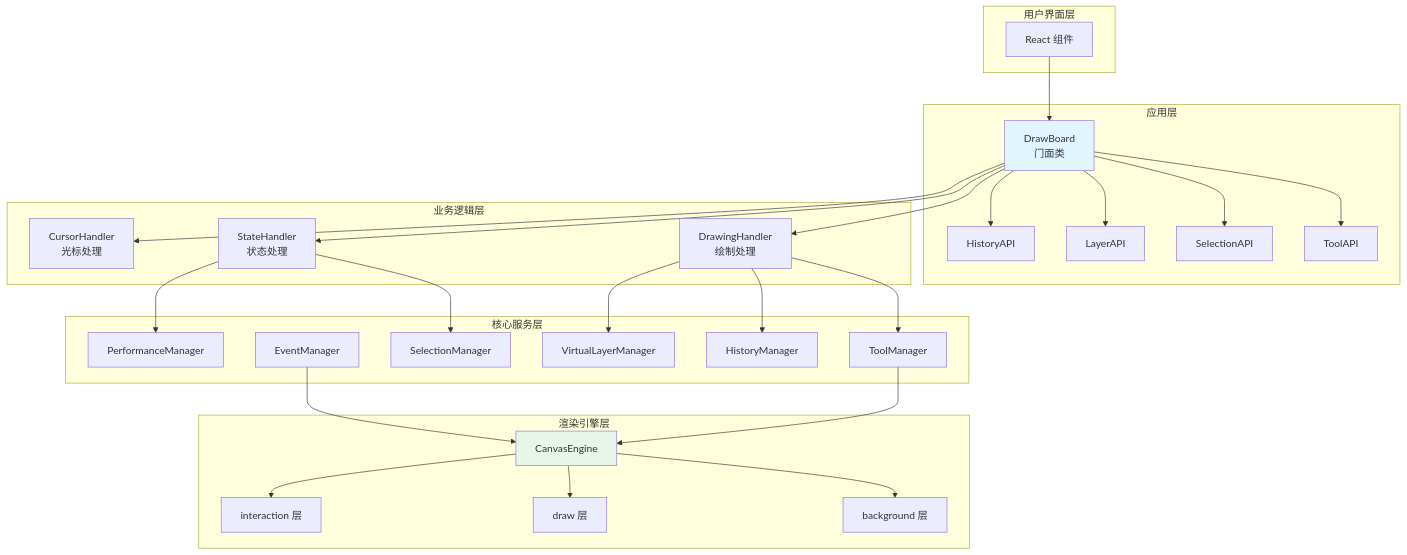
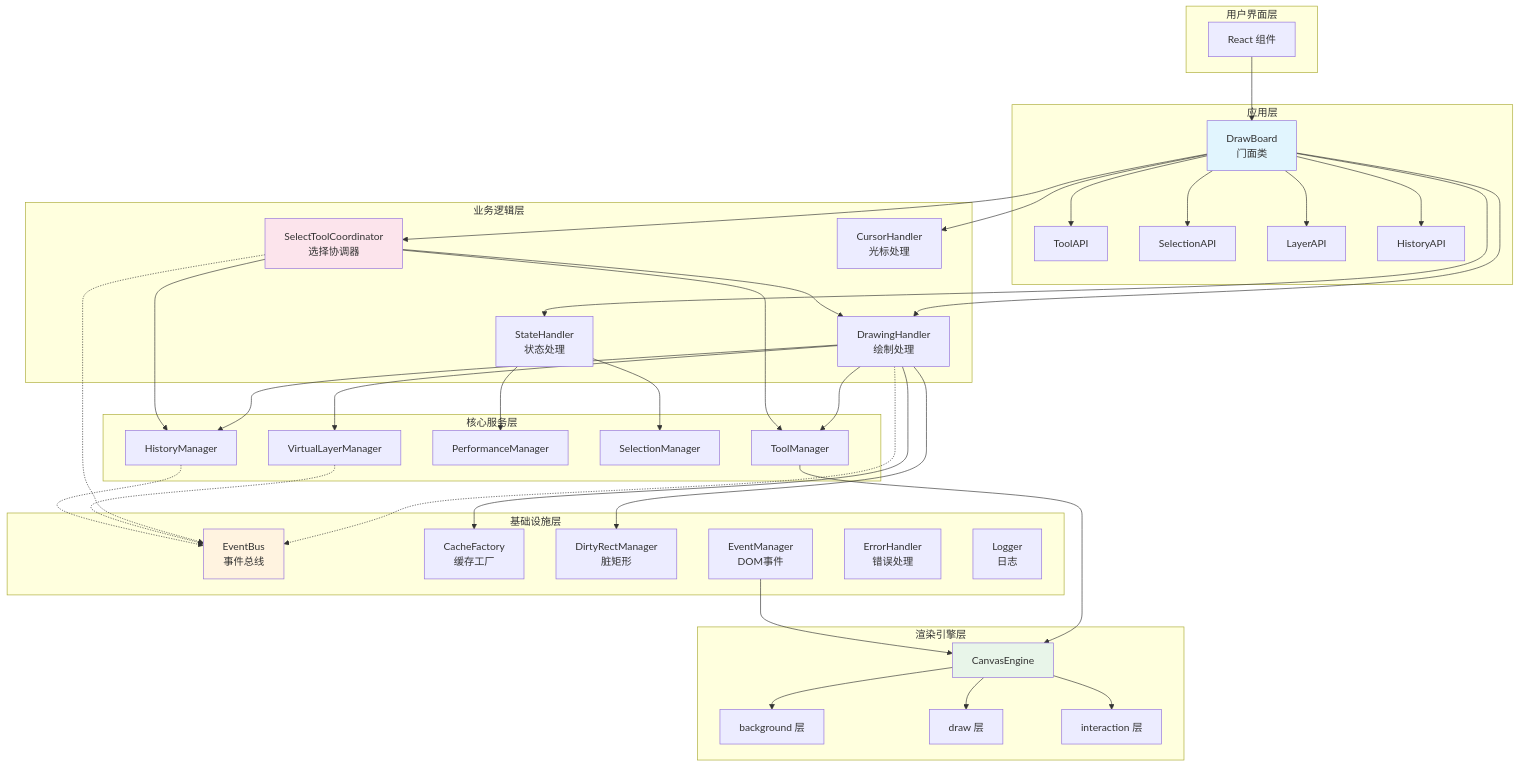
Before and after one commit to wuminghaozhan/drawBoard: the first of 10 diagrams in docs/UML/DESIGN.md, drawn with Mermaid. The commit also changed other lines of this file and 88 other files, not shown here.

````diff
--- a/docs/UML/DESIGN.md
+++ b/docs/UML/DESIGN.md
@@ -5,47 +5,62 @@
 ```mermaid
 graph TB
     subgraph "用户界面层"
         UI[React 组件]
     end
     
     subgraph "应用层"
         DB[DrawBoard<br/>门面类]
         API1[ToolAPI]
         API2[SelectionAPI]
         API3[LayerAPI]
         API4[HistoryAPI]
     end
     
     subgraph "业务逻辑层"
         DH[DrawingHandler<br/>绘制处理]
+        STC[SelectToolCoordinator<br/>选择协调器]
         SH[StateHandler<br/>状态处理]
         CH[CursorHandler<br/>光标处理]
     end
     
     subgraph "核心服务层"
         TM[ToolManager]
-        EM[EventManager]
         HM[HistoryManager]
         PM[PerformanceManager]
         SM[SelectionManager]
         VLM[VirtualLayerManager]
+    end
+    
+    subgraph "基础设施层"
+        EB[EventBus<br/>事件总线]
+        CF[CacheFactory<br/>缓存工厂]
+        DRM[DirtyRectManager<br/>脏矩形]
+        EM[EventManager<br/>DOM事件]
+        EH[ErrorHandler<br/>错误处理]
+        LG[Logger<br/>日志]
     end
     
     subgraph "渲染引擎层"
         CE[CanvasEngine]
         BG[background 层]
         DR[draw 层]
         IT[interaction 层]
     end
     
     UI --> DB
     DB --> API1 & API2 & API3 & API4
-    DB --> DH & SH & CH
+    DB --> DH & STC & SH & CH
     DH --> TM & HM & VLM
+    STC --> TM & DH & HM
     SH --> SM & PM
+    
+    DH & STC & VLM & HM -.-> EB
+    DH --> DRM & CF
     TM & EM --> CE
     CE --> BG & DR & IT
     
     style DB fill:#e1f5fe
     style CE fill:#e8f5e9
+    style EB fill:#fff3e0
+    style STC fill:#fce4ec
 ```
````
